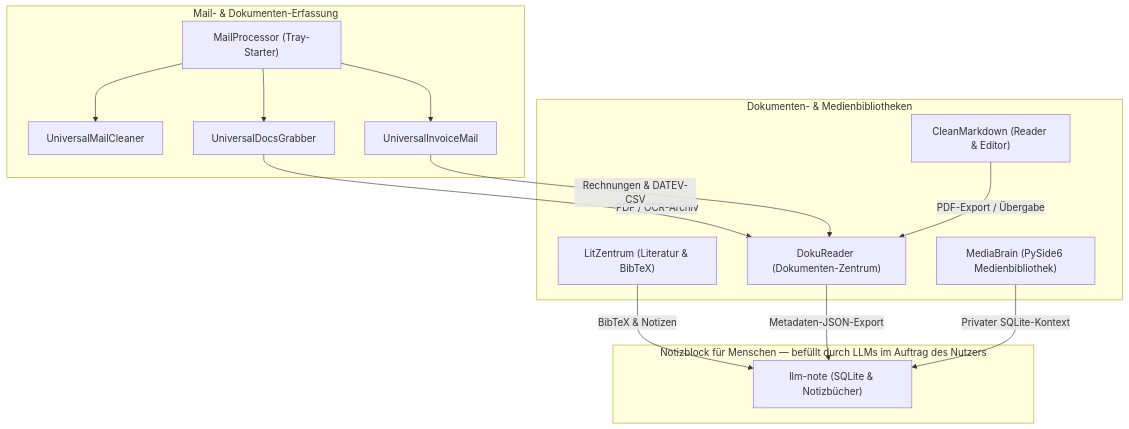
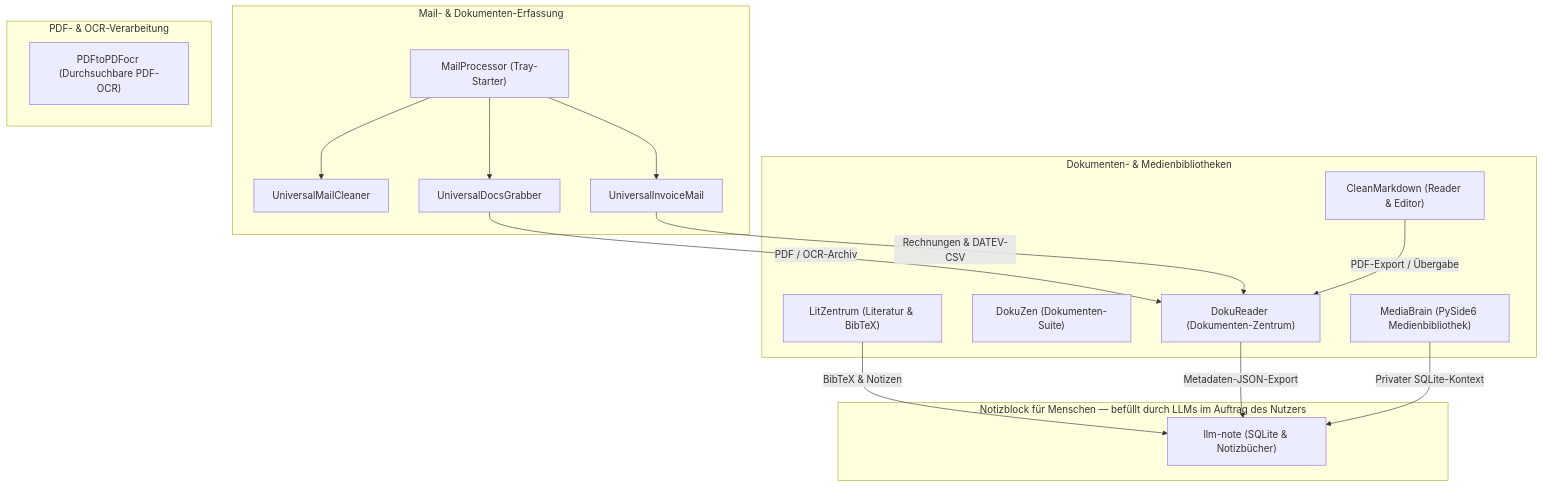
The diagram in profile/README_de.md (doc-bricks/.github), drawn with Mermaid before and after one commit. The commit also changed other lines of this file and 6 other files, not shown here.

````diff
--- a/profile/README_de.md
+++ b/profile/README_de.md
@@ -32,26 +32,31 @@
 ```mermaid
 graph TD
     subgraph Intake ["Mail- & Dokumenten-Erfassung"]
         MP["MailProcessor (Tray-Starter)"] --> UMC["UniversalMailCleaner"]
         MP --> UDG["UniversalDocsGrabber"]
         MP --> UIM["UniversalInvoiceMail"]
     end
 
     subgraph Library ["Dokumenten- & Medienbibliotheken"]
         DR["DokuReader (Dokumenten-Zentrum)"]
+        DZ["DokuZen (Dokumenten-Suite)"]
         CM["CleanMarkdown (Reader & Editor)"]
         LZ["LitZentrum (Literatur & BibTeX)"]
         MB["MediaBrain (PySide6 Medienbibliothek)"]
+    end
+
+    subgraph Processing ["PDF- & OCR-Verarbeitung"]
+        PPO["PDFtoPDFocr (Durchsuchbare PDF-OCR)"]
     end
 
     subgraph HumanNotes ["Notizblock für Menschen — befüllt durch LLMs im Auftrag des Nutzers"]
         LN["llm-note (SQLite & Notizbücher)"]
     end
 
     UDG -->|"PDF / OCR-Archiv"| DR
     UIM -->|"Rechnungen & DATEV-CSV"| DR
     CM -->|"PDF-Export / Übergabe"| DR
     LZ -->|"BibTeX & Notizen"| LN
     DR -->|"Metadaten-JSON-Export"| LN
     MB -->|"Privater SQLite-Kontext"| LN
 ```
````
